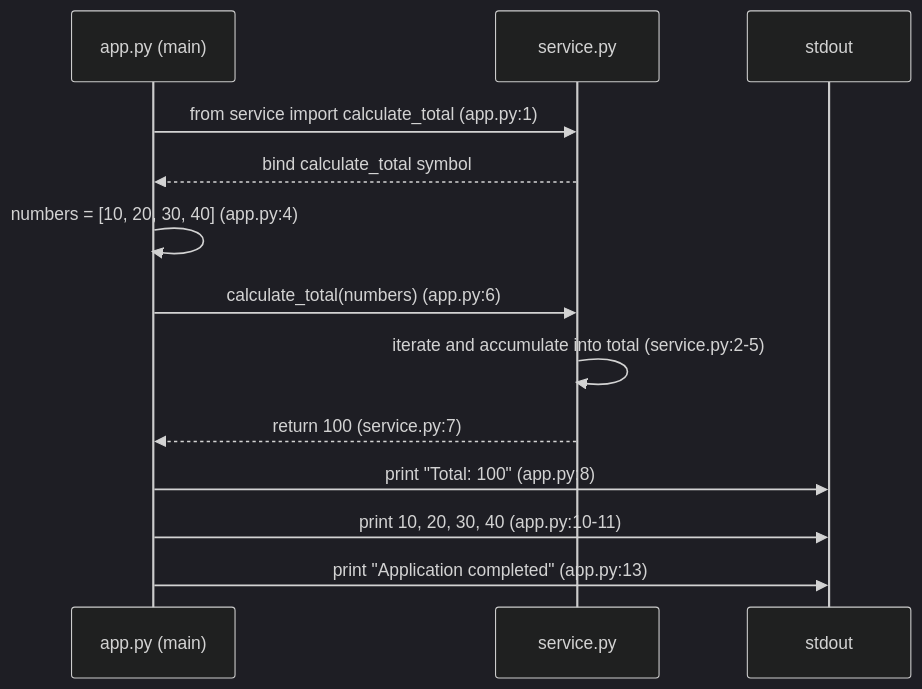
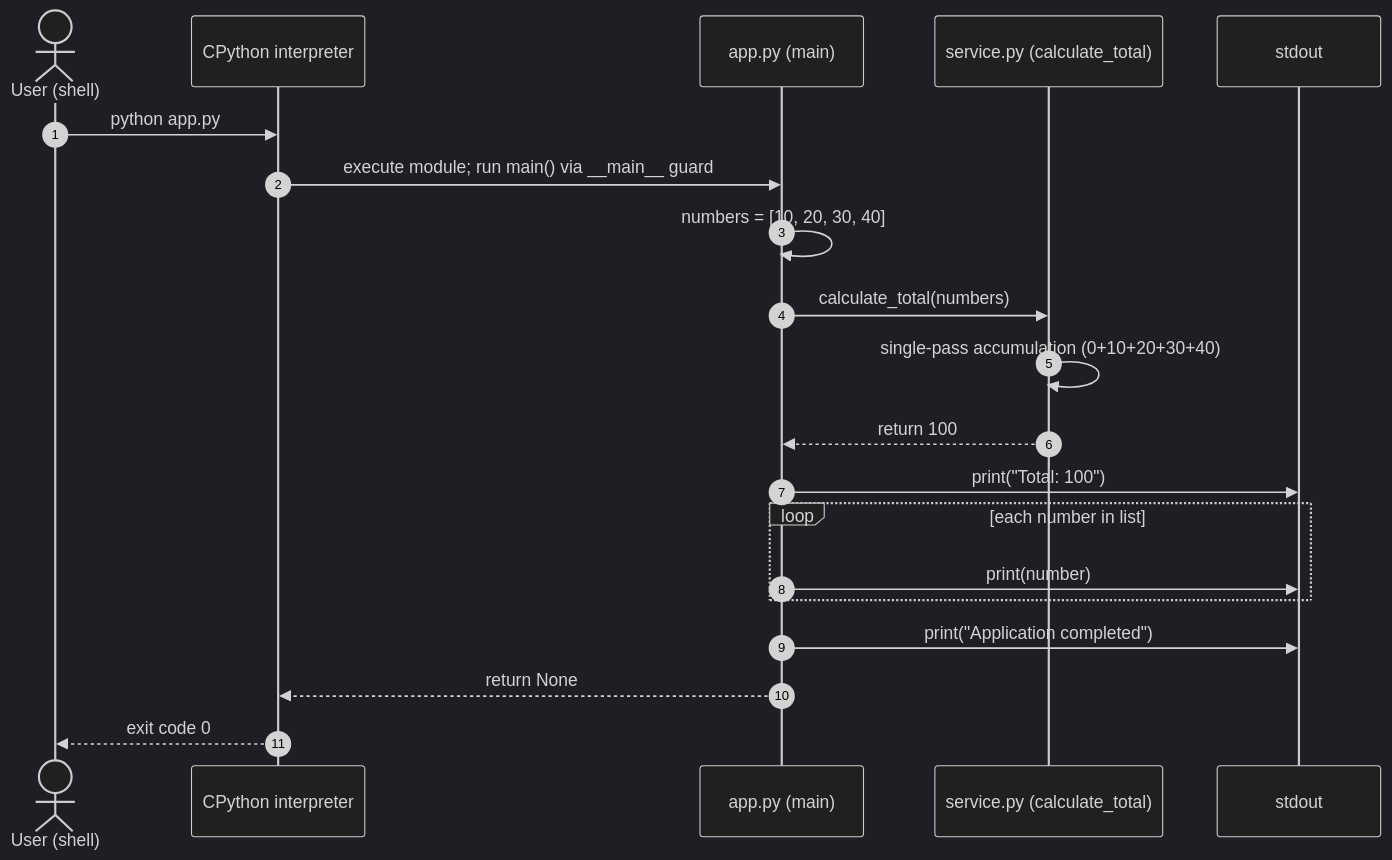
Before and after one commit to lakshya-blitzy/600K_ParentRepo: diagram 17 of 43 in blitzy/documentation/Technical Specifications.md, drawn with Mermaid (dark theme). The commit also changed other lines of this file, not shown here.

````diff
--- a/blitzy/documentation/Technical Specifications.md
+++ b/blitzy/documentation/Technical Specifications.md
@@ -1431,15 +1445,23 @@
 ```mermaid
 sequenceDiagram
+    autonumber
+    actor User as User (shell)
+    participant Py as CPython interpreter
     participant App as app.py (main)
-    participant Svc as service.py
+    participant Svc as service.py (calculate_total)
     participant Out as stdout
-    App->>Svc: from service import calculate_total (app.py:1)
-    Svc-->>App: bind calculate_total symbol
-    App->>App: numbers = [10, 20, 30, 40] (app.py:4)
-    App->>Svc: calculate_total(numbers) (app.py:6)
-    Svc->>Svc: iterate and accumulate into total (service.py:2-5)
-    Svc-->>App: return 100 (service.py:7)
-    App->>Out: print "Total: 100" (app.py:8)
-    App->>Out: print 10, 20, 30, 40 (app.py:10-11)
-    App->>Out: print "Application completed" (app.py:13)
+
+    User->>Py: python app.py
+    Py->>App: execute module#59; run main() via __main__ guard
+    App->>App: numbers = [10, 20, 30, 40]
+    App->>Svc: calculate_total(numbers)
+    Svc->>Svc: single-pass accumulation (0+10+20+30+40)
+    Svc-->>App: return 100
+    App->>Out: print("Total: 100")
+    loop each number in list
+        App->>Out: print(number)
+    end
+    App->>Out: print("Application completed")
+    App-->>Py: return None
+    Py-->>User: exit code 0
 ```
````
